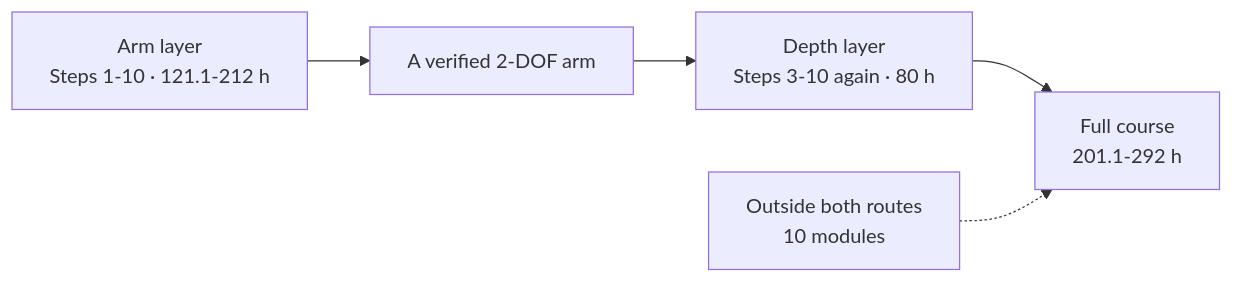
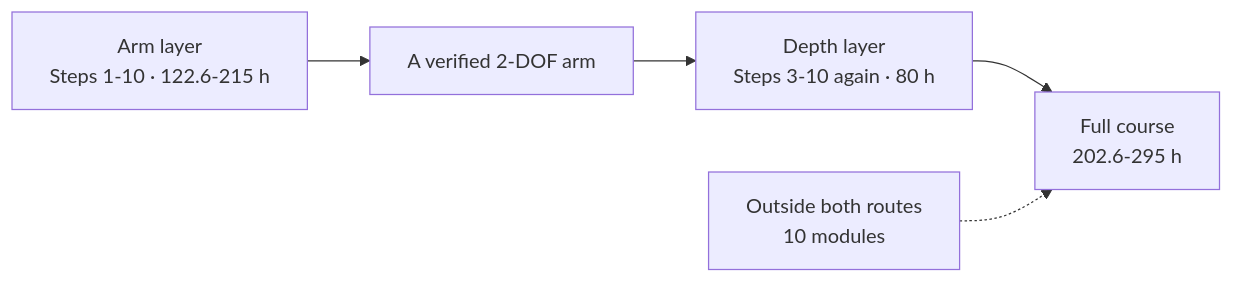
One commit to TLE47/Mechatronics-Roadmap changed the diagram in docs/SYLLABUS.md. Above: the diagram before and after it, drawn with Mermaid. The commit also changed other lines of this file and 29 other files, not shown here.

````diff
--- a/docs/SYLLABUS.md
+++ b/docs/SYLLABUS.md
@@ -26,7 +26,7 @@
 ```mermaid
 flowchart LR
-    Arm["Arm layer<br/>Steps 1-10 · 121.1-212 h"] --> Built["A verified 2-DOF arm"]
+    Arm["Arm layer<br/>Steps 1-10 · 122.6-215 h"] --> Built["A verified 2-DOF arm"]
     Built --> Depth["Depth layer<br/>Steps 3-10 again · 80 h"]
-    Depth --> Full["Full course<br/>201.1-292 h"]
+    Depth --> Full["Full course<br/>202.6-295 h"]
     Outside["Outside both routes<br/>10 modules"] -.-> Full
 ```
````
